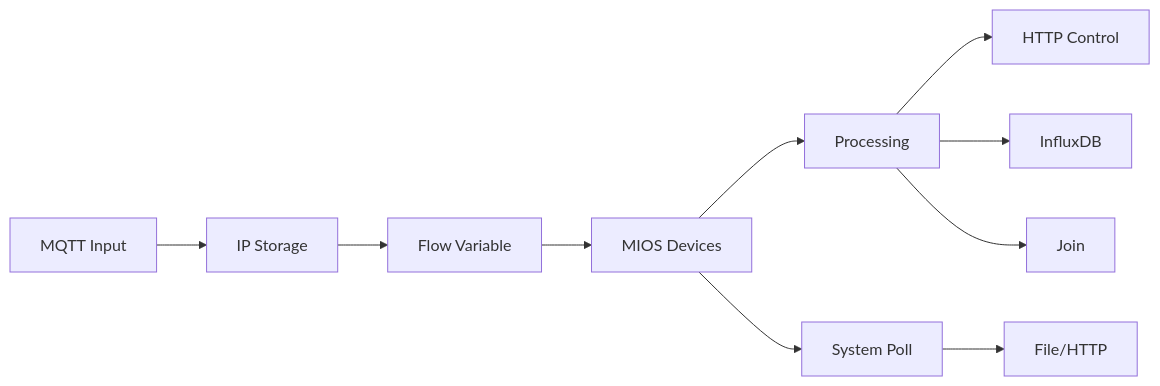
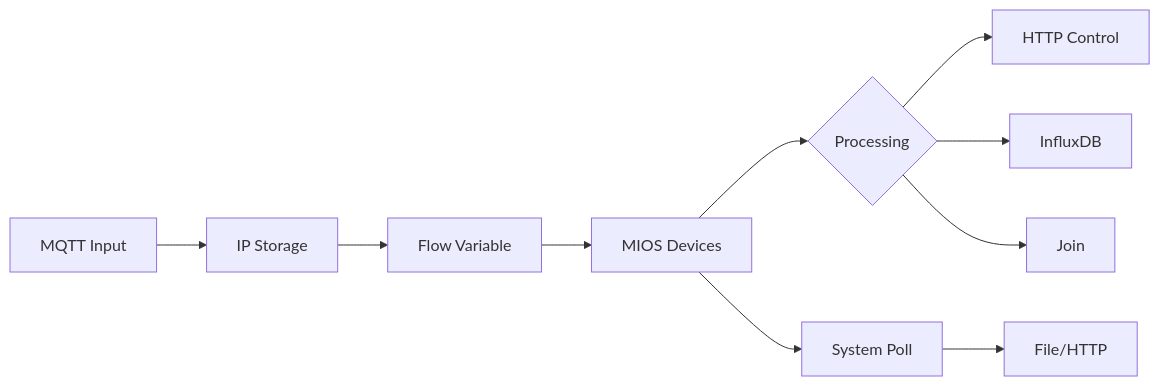
The diagram in readme.md (keenamateur/Homelab), drawn with Mermaid before and after one commit.

````diff
--- a/readme.md
+++ b/readme.md
@@ -161,12 +161,12 @@
 ```mermaid
 graph LR
     A[MQTT Input] --> B[IP Storage]
     B --> C[Flow Variable]
     C --> D[MIOS Devices]
-    D --> E[Processing]
+    D --> E{Processing}
     E --> F[HTTP Control]
     E --> G[InfluxDB]
     E --> H[Join]
     D --> I[System Poll]
     I --> J[File/HTTP]
 ```
````
